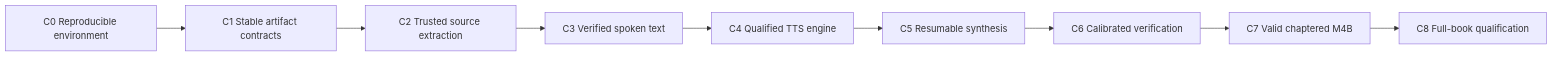
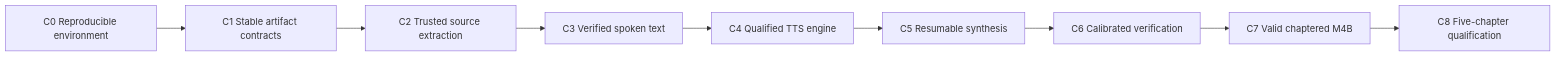
Before and after one commit to alsora/bilbo-tts: the diagram in implementation.md, drawn with Mermaid. The commit also changed other lines of this file and 2 other files, not shown here.

First line of the commit message:
docs: define five-chapter C8 qualification

````diff
--- a/implementation.md
+++ b/implementation.md
@@ -22,11 +22,11 @@
 ```mermaid
 flowchart LR
     gate0["C0 Reproducible environment"] --> gate1["C1 Stable artifact contracts"]
     gate1 --> gate2["C2 Trusted source extraction"]
     gate2 --> gate3["C3 Verified spoken text"]
     gate3 --> gate4["C4 Qualified TTS engine"]
     gate4 --> gate5["C5 Resumable synthesis"]
     gate5 --> gate6["C6 Calibrated verification"]
     gate6 --> gate7["C7 Valid chaptered M4B"]
-    gate7 --> gate8["C8 Full-book qualification"]
+    gate7 --> gate8["C8 Five-chapter qualification"]
 ```
````
